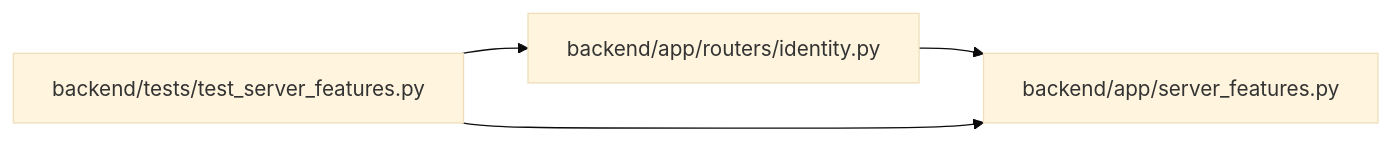
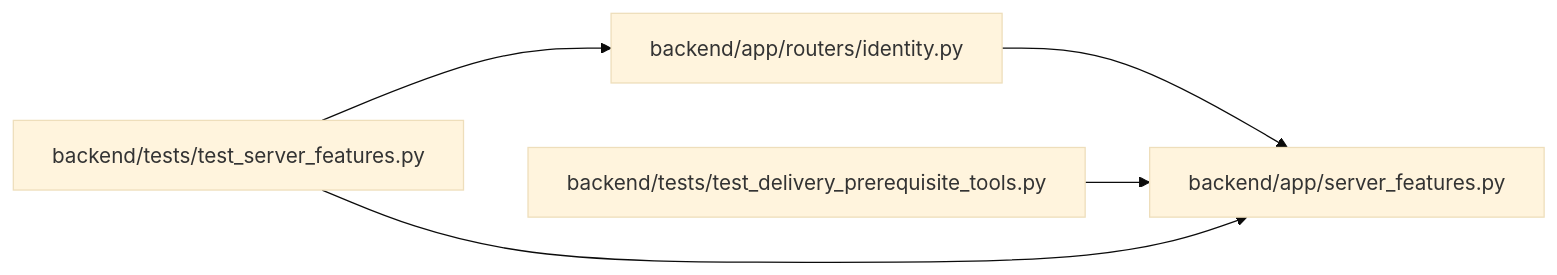
The diagram in docs/llm_wiki/modules/server_features.md (Denissvgn/WorkChord), drawn with Mermaid (base theme) before and after one commit. The commit also changed other lines of this file and 1420 other files, not shown here.

First line of the commit message:
Refresh the architectural wiki for the 1.10.0 changes

````diff
--- a/docs/llm_wiki/modules/server_features.md
+++ b/docs/llm_wiki/modules/server_features.md
@@ -16,12 +16,15 @@
 ```mermaid
 flowchart LR
     n0["backend/app/routers/identity.py"]
     n1["backend/app/server_features.py"]
-    n2["backend/tests/test_server_features.py"]
+    n2["backend/tests/test_delivery_prerequisite_tools.py"]
+    n3["backend/tests/test_server_features.py"]
     n0 --> n1
-    n2 --> n0
     n2 --> n1
+    n3 --> n0
+    n3 --> n1
     click n0 "../modules/routers_identity.md"
     click n1 "../modules/server_features.md"
-    click n2 "../modules/test_server_features.md"
+    click n2 "../modules/test_delivery_prerequisite_tools.md"
+    click n3 "../modules/test_server_features.md"
 ```
````
